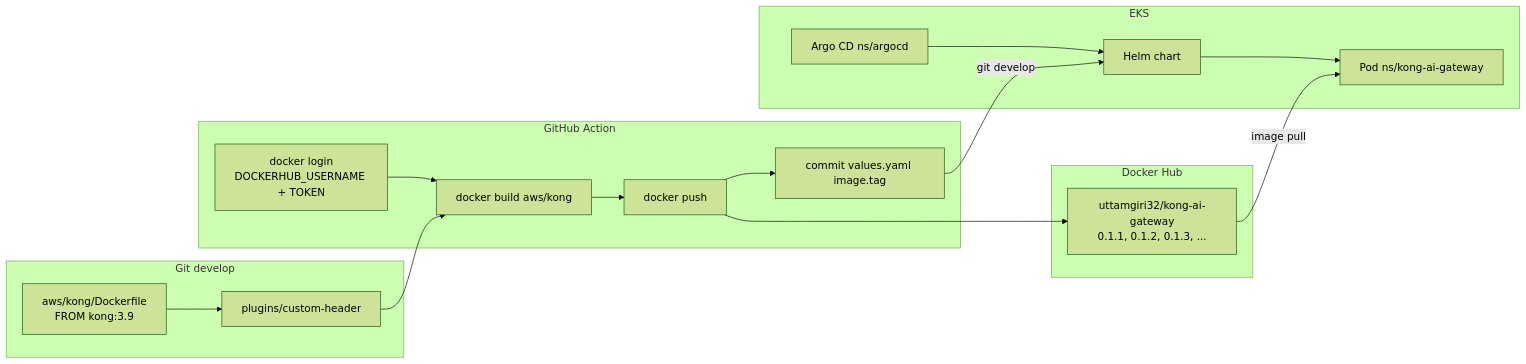
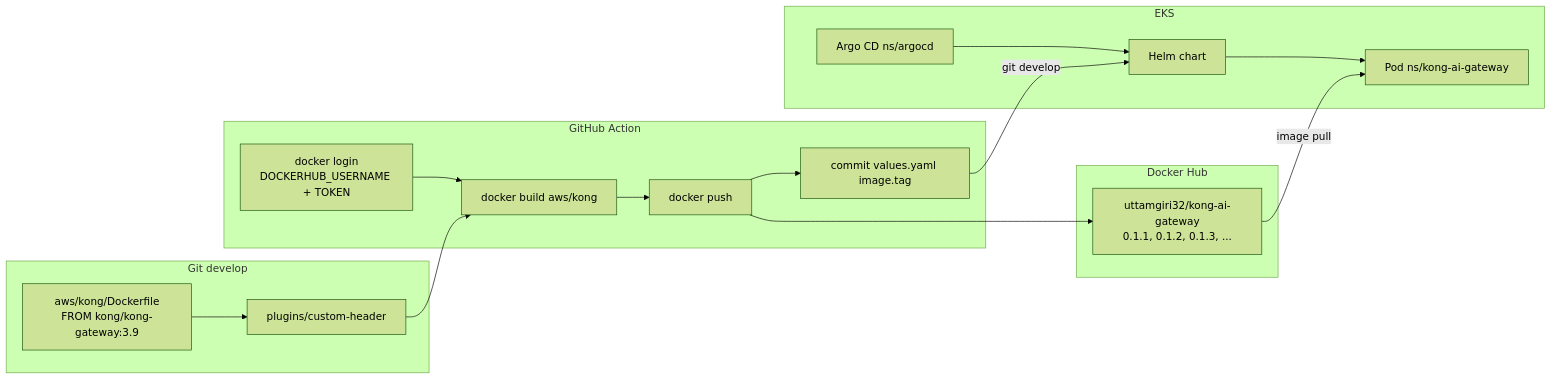
The diagram in aws/kong/PIPELINE.md (UttamGiri/kong-ai-gateway), drawn with Mermaid (forest theme) before and after one commit. The commit also changed other lines of this file and 5 other files, not shown here.

````diff
--- a/aws/kong/PIPELINE.md
+++ b/aws/kong/PIPELINE.md
@@ -9,32 +9,32 @@
 ```mermaid
 flowchart LR
     subgraph git ["Git develop"]
-        DF["aws/kong/Dockerfile<br/>FROM kong:3.9"]
+        DF["aws/kong/Dockerfile<br/>FROM kong/kong-gateway:3.9"]
         PLUG["plugins/custom-header"]
         DF --> PLUG
     end
 
     subgraph gha ["GitHub Action"]
         LOGIN["docker login<br/>DOCKERHUB_USERNAME + TOKEN"]
         BUILD["docker build aws/kong"]
         PUSH["docker push"]
         VAL["commit values.yaml image.tag"]
         LOGIN --> BUILD --> PUSH --> VAL
     end
 
     subgraph hub ["Docker Hub"]
         IMG["uttamgiri32/kong-ai-gateway<br/>0.1.1, 0.1.2, 0.1.3, ..."]
     end
 
     subgraph cluster ["EKS"]
         ARGO["Argo CD ns/argocd"]
         HELM["Helm chart"]
         POD["Pod ns/kong-ai-gateway"]
         ARGO --> HELM --> POD
     end
 
     PLUG --> BUILD
     PUSH --> IMG
     VAL -->|"git develop"| HELM
     IMG -->|"image pull"| POD
 ```
````
